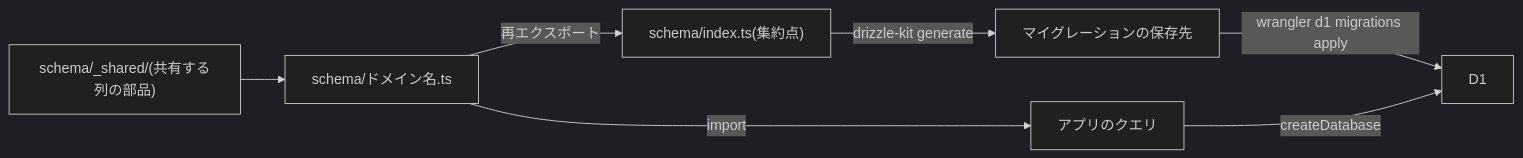
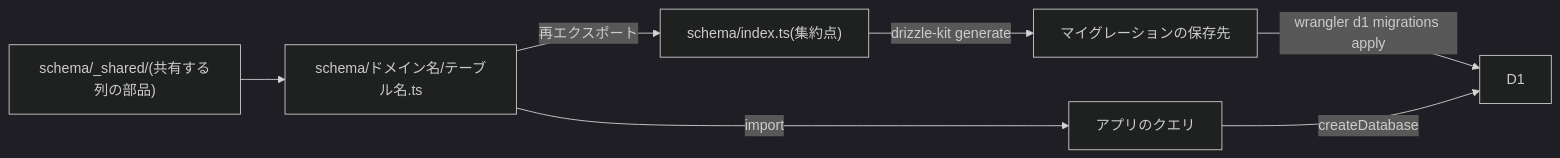
Before and after one commit to kurachiweb/genai-example-2-launch-platform: the diagram in docs/GUIDES/tech/db/003-schema-conventions.md, drawn with Mermaid (dark theme). The commit also changed other lines of this file and 12 other files, not shown here.

````diff
--- a/docs/GUIDES/tech/db/003-schema-conventions.md
+++ b/docs/GUIDES/tech/db/003-schema-conventions.md
@@ -54,9 +55,9 @@
 ```mermaid
 graph LR
-    Shared["schema/_shared/(共有する列の部品)"] --> Domain["schema/ドメイン名.ts"]
+    Shared["schema/_shared/(共有する列の部品)"] --> Domain["schema/ドメイン名/テーブル名.ts"]
     Domain -- "再エクスポート" --> Index["schema/index.ts(集約点)"]
     Index -- "drizzle-kit generate" --> Migrations["マイグレーションの保存先"]
     Migrations -- "wrangler d1 migrations apply" --> D1["D1"]
     Domain -- "import" --> App["アプリのクエリ"]
     App -- "createDatabase" --> D1
 ```
````
